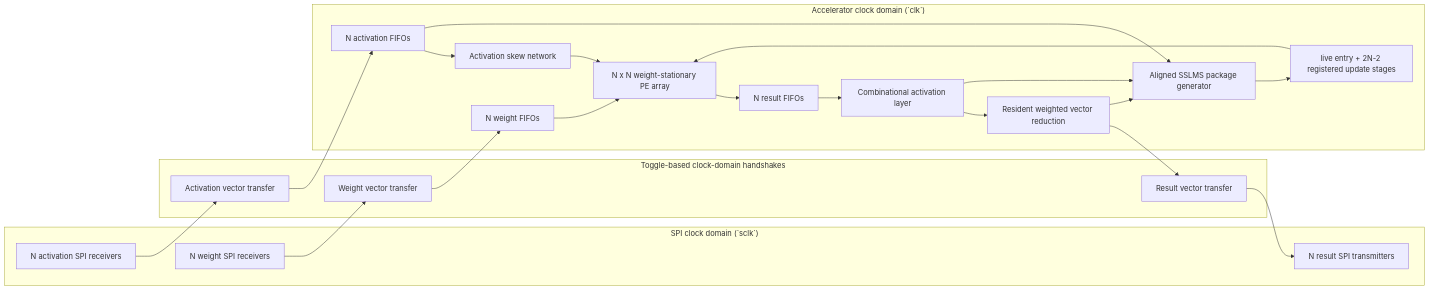
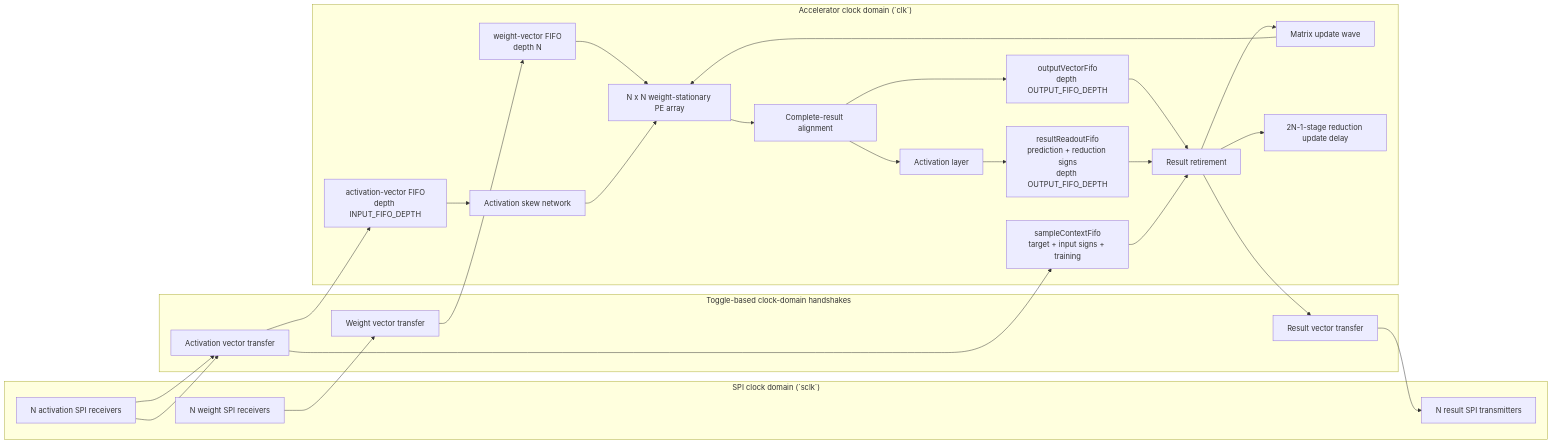
Before and after one commit to aHighHooman/NN-Acceleration: the first of 3 diagrams in README.md, drawn with Mermaid. The commit also changed other lines of this file and 7 other files, not shown here.

````diff
--- a/README.md
+++ b/README.md
@@ -7,34 +7,38 @@
 ```mermaid
 flowchart LR
     subgraph SPI["SPI clock domain (`sclk`)"]
         W_RX["N weight SPI receivers"]
         A_RX["N activation SPI receivers"]
         R_TX["N result SPI transmitters"]
     end
 
     subgraph CDC["Toggle-based clock-domain handshakes"]
         W_CDC["Weight vector transfer"]
         A_CDC["Activation vector transfer"]
         R_CDC["Result vector transfer"]
     end
 
     subgraph CORE["Accelerator clock domain (`clk`)"]
-        W_FIFO["N weight FIFOs"]
-        A_FIFO["N activation FIFOs"]
+        W_FIFO["weight-vector FIFO<br/>depth N"]
+        A_FIFO["activation-vector FIFO<br/>depth INPUT_FIFO_DEPTH"]
+        S_FIFO["sampleContextFifo<br/>target + input signs + training"]
         SKEW["Activation skew network"]
         ARRAY["N x N weight-stationary PE array"]
-        R_FIFO["N result FIFOs"]
-        ACT["Combinational activation layer"]
-        REDUCE["Resident weighted vector reduction"]
-        TRAIN["Aligned SSLMS package generator"]
-        UPDATE["live entry + 2N-2 registered update stages"]
+        ALIGN["Complete-result alignment"]
+        O_FIFO["outputVectorFifo<br/>depth OUTPUT_FIFO_DEPTH"]
+        ACT["Activation layer"]
+        READOUT["resultReadoutFifo<br/>prediction + reduction signs<br/>depth OUTPUT_FIFO_DEPTH"]
+        RETIRE["Result retirement"]
+        M_UPDATE["Matrix update wave"]
+        R_UPDATE["2N-1-stage reduction update delay"]
     end
 
     W_RX --> W_CDC --> W_FIFO --> ARRAY
     A_RX --> A_CDC --> A_FIFO --> SKEW --> ARRAY
-    ARRAY --> R_FIFO --> ACT --> REDUCE --> R_CDC --> R_TX
-    A_FIFO --> TRAIN
-    ACT --> TRAIN
-    REDUCE --> TRAIN
-    TRAIN --> UPDATE --> ARRAY
+    A_RX --> A_CDC --> S_FIFO
+    ARRAY --> ALIGN --> O_FIFO --> RETIRE --> R_CDC --> R_TX
+    ALIGN --> ACT --> READOUT --> RETIRE
+    S_FIFO --> RETIRE
+    RETIRE --> M_UPDATE --> ARRAY
+    RETIRE --> R_UPDATE
 ```
````
